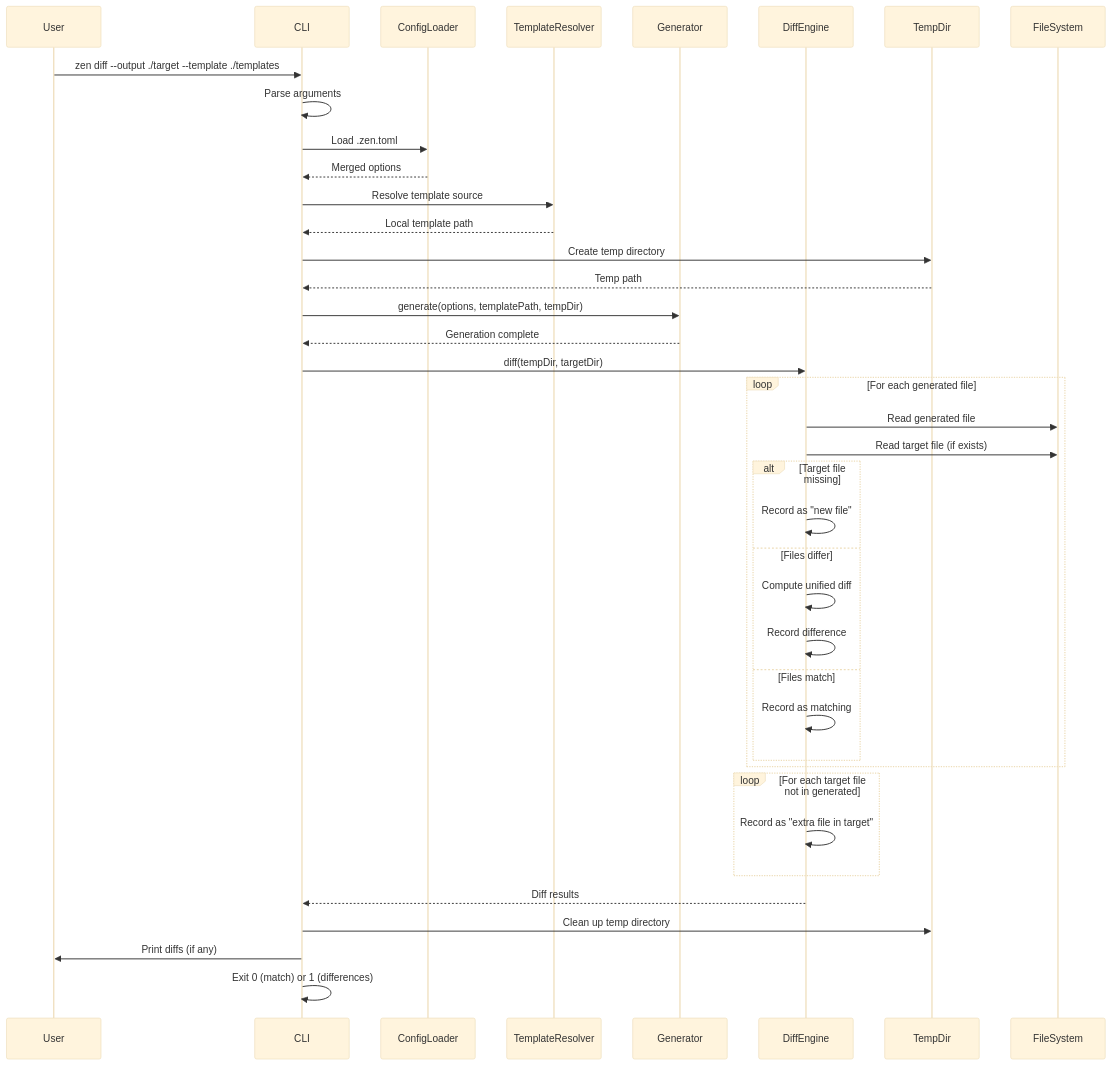
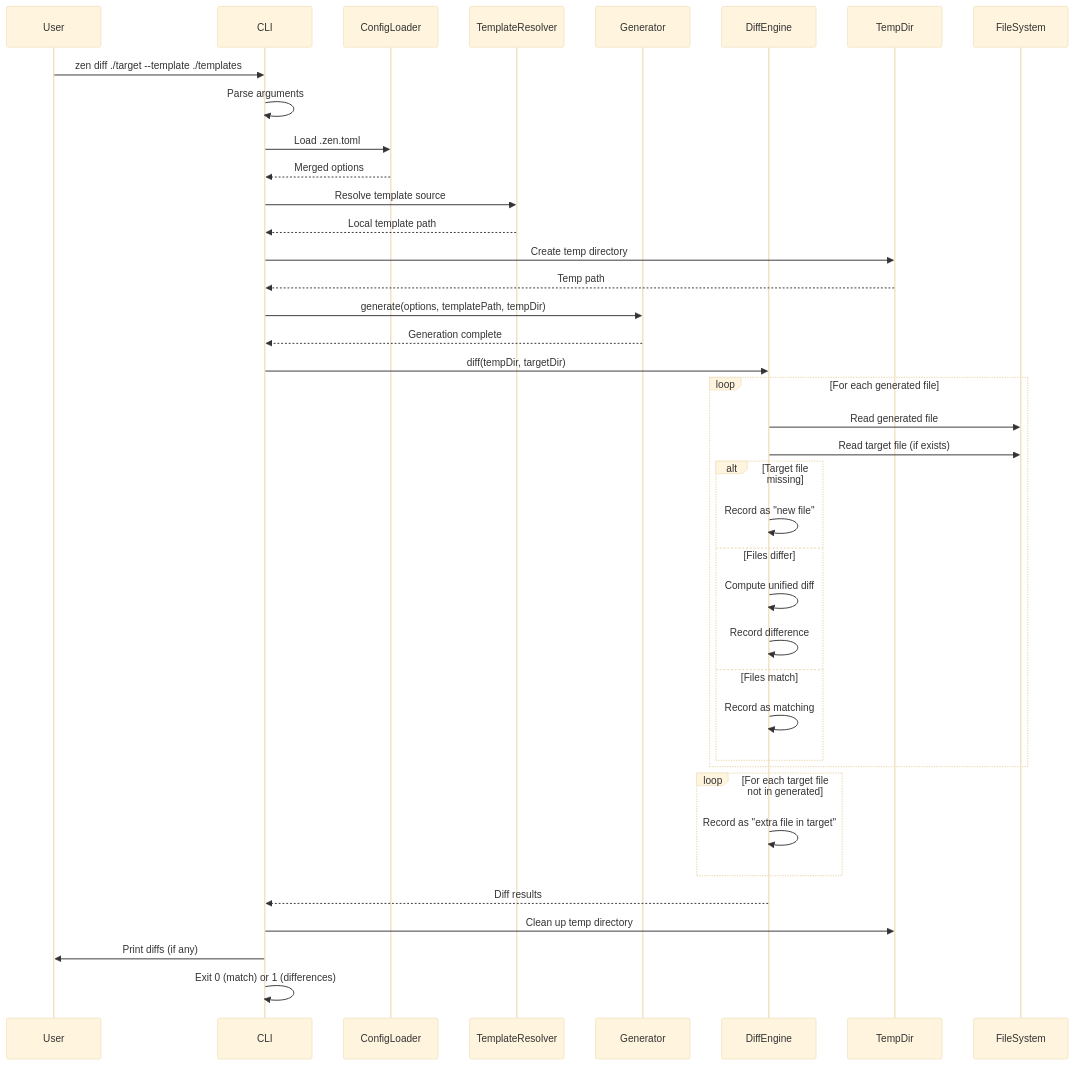
The third of 3 diagrams in .zen/specs/ARCHITECTURE.md (ncoderz/awa), drawn with Mermaid (base theme) before and after one commit. The commit also changed other lines of this file and 23 other files, not shown here.

````diff
--- a/.zen/specs/ARCHITECTURE.md
+++ b/.zen/specs/ARCHITECTURE.md
@@ -337,48 +339,48 @@
 ```mermaid
 sequenceDiagram
     participant User
     participant CLI
     participant ConfigLoader
     participant TemplateResolver
     participant Generator
     participant DiffEngine
     participant TempDir
     participant FileSystem
 
-    User->>CLI: zen diff --output ./target --template ./templates
+    User->>CLI: zen diff ./target --template ./templates
     CLI->>CLI: Parse arguments
     CLI->>ConfigLoader: Load .zen.toml
     ConfigLoader-->>CLI: Merged options
     CLI->>TemplateResolver: Resolve template source
     TemplateResolver-->>CLI: Local template path
 
     CLI->>TempDir: Create temp directory
     TempDir-->>CLI: Temp path
 
     CLI->>Generator: generate(options, templatePath, tempDir)
     Generator-->>CLI: Generation complete
 
     CLI->>DiffEngine: diff(tempDir, targetDir)
 
     loop For each generated file
         DiffEngine->>FileSystem: Read generated file
         DiffEngine->>FileSystem: Read target file (if exists)
         alt Target file missing
             DiffEngine->>DiffEngine: Record as "new file"
         else Files differ
             DiffEngine->>DiffEngine: Compute unified diff
             DiffEngine->>DiffEngine: Record difference
         else Files match
             DiffEngine->>DiffEngine: Record as matching
         end
     end
 
     loop For each target file not in generated
         DiffEngine->>DiffEngine: Record as "extra file in target"
     end
 
     DiffEngine-->>CLI: Diff results
     CLI->>TempDir: Clean up temp directory
     CLI->>User: Print diffs (if any)
     CLI->>CLI: Exit 0 (match) or 1 (differences)
 ```
````
